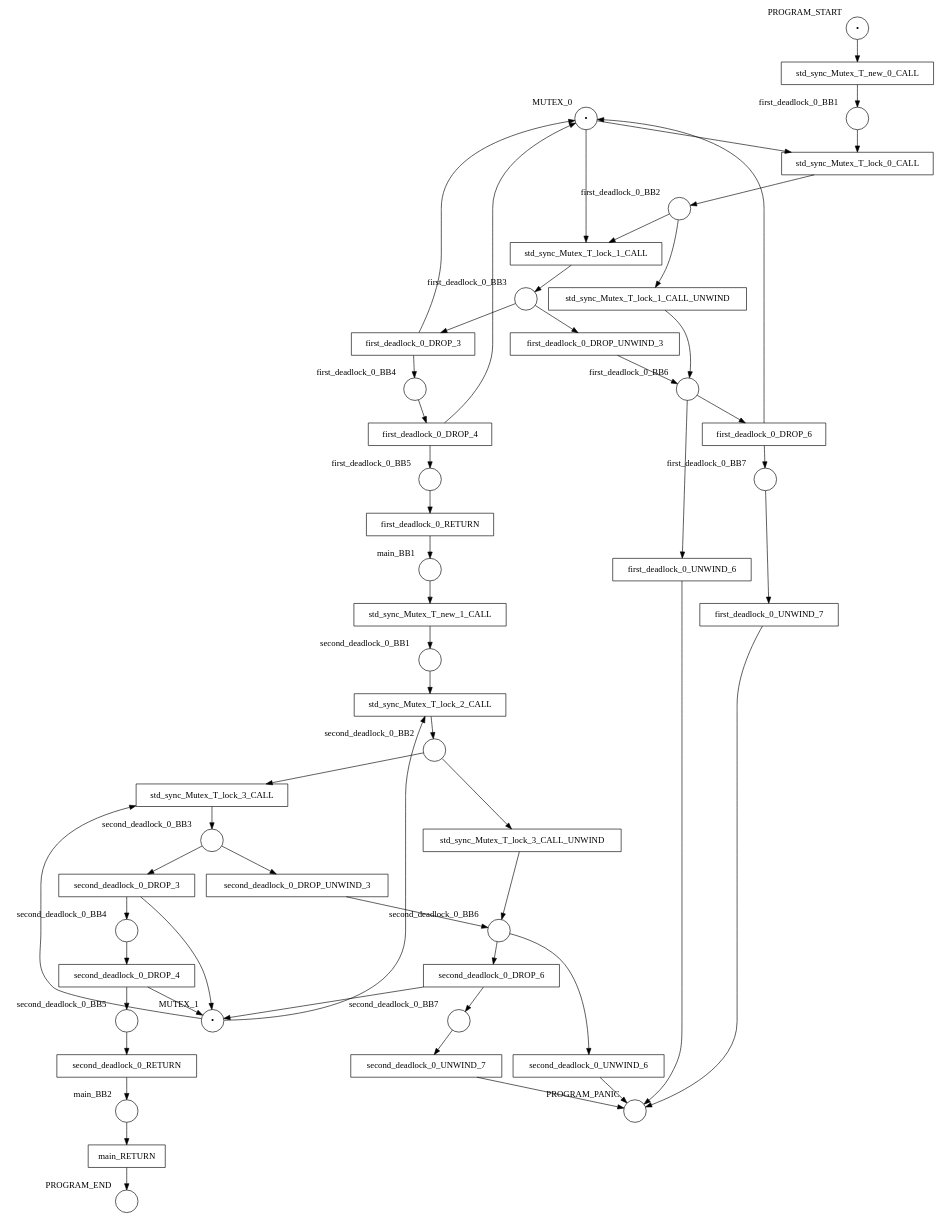
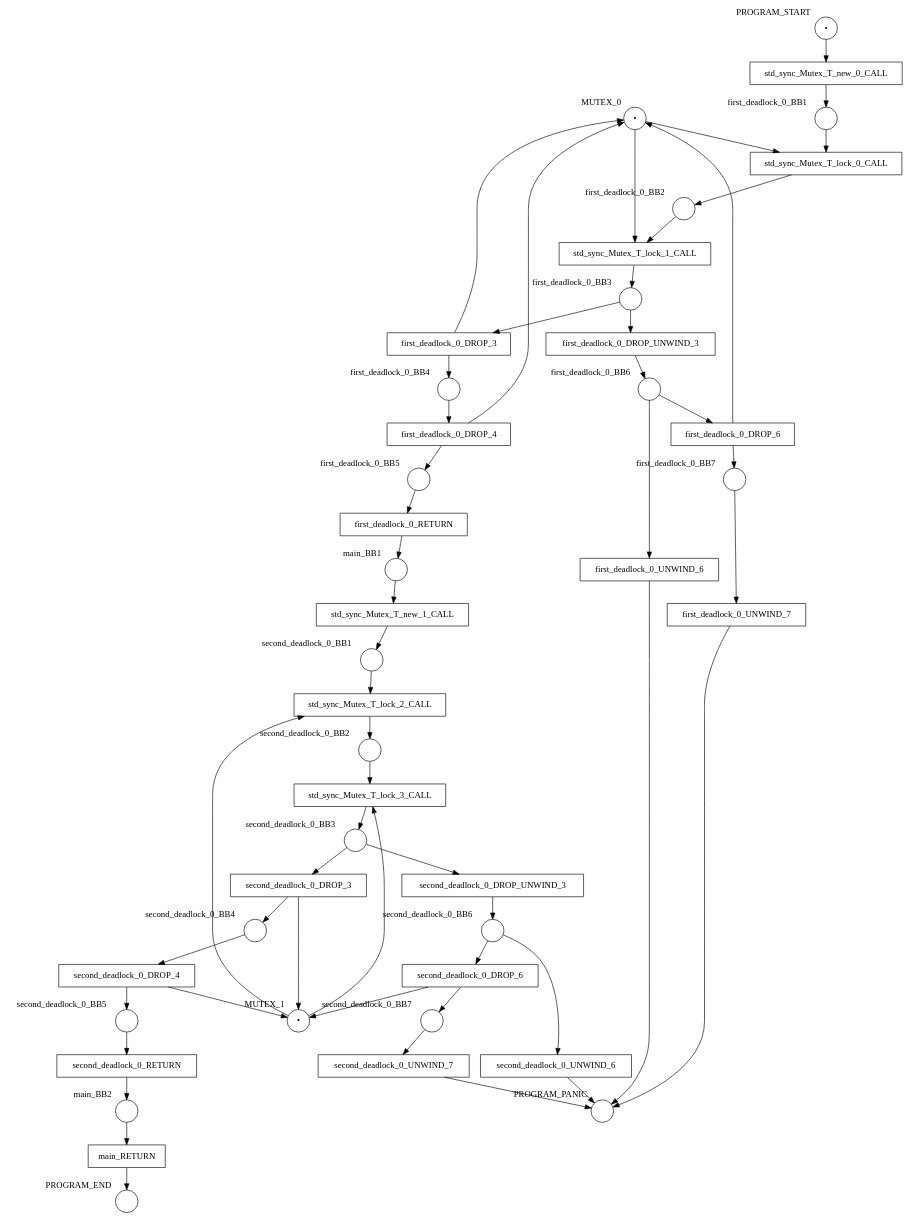
One commit to hlisdero/cargo-check-deadlock changed the diagram in examples/results/mutex/double_lock_deadlock_in_function/net.dot. Above: the diagram before and after it, drawn with Graphviz. The commit also changed 21 other files, not shown here.

First line of the commit message:
Architectural change: Do not model the unwind target of the mutex lock function.

```diff
--- a/examples/results/mutex/double_lock_deadlock_in_function/net.dot
+++ b/examples/results/mutex/double_lock_deadlock_in_function/net.dot
@@ -1,102 +1,96 @@
 digraph petrinet {
     MUTEX_0 [shape="circle" xlabel="MUTEX_0" label="•"];
     MUTEX_1 [shape="circle" xlabel="MUTEX_1" label="•"];
     PROGRAM_END [shape="circle" xlabel="PROGRAM_END" label=""];
     PROGRAM_PANIC [shape="circle" xlabel="PROGRAM_PANIC" label=""];
     PROGRAM_START [shape="circle" xlabel="PROGRAM_START" label="•"];
     first_deadlock_0_BB1 [shape="circle" xlabel="first_deadlock_0_BB1" label=""];
     first_deadlock_0_BB2 [shape="circle" xlabel="first_deadlock_0_BB2" label=""];
     first_deadlock_0_BB3 [shape="circle" xlabel="first_deadlock_0_BB3" label=""];
     first_deadlock_0_BB4 [shape="circle" xlabel="first_deadlock_0_BB4" label=""];
     first_deadlock_0_BB5 [shape="circle" xlabel="first_deadlock_0_BB5" label=""];
     first_deadlock_0_BB6 [shape="circle" xlabel="first_deadlock_0_BB6" label=""];
     first_deadlock_0_BB7 [shape="circle" xlabel="first_deadlock_0_BB7" label=""];
     main_BB1 [shape="circle" xlabel="main_BB1" label=""];
     main_BB2 [shape="circle" xlabel="main_BB2" label=""];
     second_deadlock_0_BB1 [shape="circle" xlabel="second_deadlock_0_BB1" label=""];
     second_deadlock_0_BB2 [shape="circle" xlabel="second_deadlock_0_BB2" label=""];
     second_deadlock_0_BB3 [shape="circle" xlabel="second_deadlock_0_BB3" label=""];
     second_deadlock_0_BB4 [shape="circle" xlabel="second_deadlock_0_BB4" label=""];
     second_deadlock_0_BB5 [shape="circle" xlabel="second_deadlock_0_BB5" label=""];
     second_deadlock_0_BB6 [shape="circle" xlabel="second_deadlock_0_BB6" label=""];
     second_deadlock_0_BB7 [shape="circle" xlabel="second_deadlock_0_BB7" label=""];
     first_deadlock_0_DROP_3 [shape="box" xlabel="" label="first_deadlock_0_DROP_3"];
     first_deadlock_0_DROP_4 [shape="box" xlabel="" label="first_deadlock_0_DROP_4"];
     first_deadlock_0_DROP_6 [shape="box" xlabel="" label="first_deadlock_0_DROP_6"];
     first_deadlock_0_DROP_UNWIND_3 [shape="box" xlabel="" label="first_deadlock_0_DROP_UNWIND_3"];
     first_deadlock_0_RETURN [shape="box" xlabel="" label="first_deadlock_0_RETURN"];
     first_deadlock_0_UNWIND_6 [shape="box" xlabel="" label="first_deadlock_0_UNWIND_6"];
     first_deadlock_0_UNWIND_7 [shape="box" xlabel="" label="first_deadlock_0_UNWIND_7"];
     main_RETURN [shape="box" xlabel="" label="main_RETURN"];
     second_deadlock_0_DROP_3 [shape="box" xlabel="" label="second_deadlock_0_DROP_3"];
     second_deadlock_0_DROP_4 [shape="box" xlabel="" label="second_deadlock_0_DROP_4"];
     second_deadlock_0_DROP_6 [shape="box" xlabel="" label="second_deadlock_0_DROP_6"];
     second_deadlock_0_DROP_UNWIND_3 [shape="box" xlabel="" label="second_deadlock_0_DROP_UNWIND_3"];
     second_deadlock_0_RETURN [shape="box" xlabel="" label="second_deadlock_0_RETURN"];
     second_deadlock_0_UNWIND_6 [shape="box" xlabel="" label="second_deadlock_0_UNWIND_6"];
     second_deadlock_0_UNWIND_7 [shape="box" xlabel="" label="second_deadlock_0_UNWIND_7"];
     std_sync_Mutex_T_lock_0_CALL [shape="box" xlabel="" label="std_sync_Mutex_T_lock_0_CALL"];
     std_sync_Mutex_T_lock_1_CALL [shape="box" xlabel="" label="std_sync_Mutex_T_lock_1_CALL"];
-    std_sync_Mutex_T_lock_1_CALL_UNWIND [shape="box" xlabel="" label="std_sync_Mutex_T_lock_1_CALL_UNWIND"];
     std_sync_Mutex_T_lock_2_CALL [shape="box" xlabel="" label="std_sync_Mutex_T_lock_2_CALL"];
     std_sync_Mutex_T_lock_3_CALL [shape="box" xlabel="" label="std_sync_Mutex_T_lock_3_CALL"];
-    std_sync_Mutex_T_lock_3_CALL_UNWIND [shape="box" xlabel="" label="std_sync_Mutex_T_lock_3_CALL_UNWIND"];
     std_sync_Mutex_T_new_0_CALL [shape="box" xlabel="" label="std_sync_Mutex_T_new_0_CALL"];
     std_sync_Mutex_T_new_1_CALL [shape="box" xlabel="" label="std_sync_Mutex_T_new_1_CALL"];
     MUTEX_0 -> std_sync_Mutex_T_lock_0_CALL;
     MUTEX_0 -> std_sync_Mutex_T_lock_1_CALL;
     MUTEX_1 -> std_sync_Mutex_T_lock_2_CALL;
     MUTEX_1 -> std_sync_Mutex_T_lock_3_CALL;
     PROGRAM_START -> std_sync_Mutex_T_new_0_CALL;
     first_deadlock_0_BB1 -> std_sync_Mutex_T_lock_0_CALL;
     first_deadlock_0_BB2 -> std_sync_Mutex_T_lock_1_CALL;
-    first_deadlock_0_BB2 -> std_sync_Mutex_T_lock_1_CALL_UNWIND;
     first_deadlock_0_BB3 -> first_deadlock_0_DROP_3;
     first_deadlock_0_BB3 -> first_deadlock_0_DROP_UNWIND_3;
     first_deadlock_0_BB4 -> first_deadlock_0_DROP_4;
     first_deadlock_0_BB5 -> first_deadlock_0_RETURN;
     first_deadlock_0_BB6 -> first_deadlock_0_DROP_6;
     first_deadlock_0_BB6 -> first_deadlock_0_UNWIND_6;
     first_deadlock_0_BB7 -> first_deadlock_0_UNWIND_7;
     main_BB1 -> std_sync_Mutex_T_new_1_CALL;
     main_BB2 -> main_RETURN;
     second_deadlock_0_BB1 -> std_sync_Mutex_T_lock_2_CALL;
     second_deadlock_0_BB2 -> std_sync_Mutex_T_lock_3_CALL;
-    second_deadlock_0_BB2 -> std_sync_Mutex_T_lock_3_CALL_UNWIND;
     second_deadlock_0_BB3 -> second_deadlock_0_DROP_3;
     second_deadlock_0_BB3 -> second_deadlock_0_DROP_UNWIND_3;
     second_deadlock_0_BB4 -> second_deadlock_0_DROP_4;
     second_deadlock_0_BB5 -> second_deadlock_0_RETURN;
     second_deadlock_0_BB6 -> second_deadlock_0_DROP_6;
     second_deadlock_0_BB6 -> second_deadlock_0_UNWIND_6;
     second_deadlock_0_BB7 -> second_deadlock_0_UNWIND_7;
     first_deadlock_0_DROP_3 -> MUTEX_0;
     first_deadlock_0_DROP_3 -> first_deadlock_0_BB4;
     first_deadlock_0_DROP_4 -> MUTEX_0;
     first_deadlock_0_DROP_4 -> first_deadlock_0_BB5;
     first_deadlock_0_DROP_6 -> MUTEX_0;
     first_deadlock_0_DROP_6 -> first_deadlock_0_BB7;
     first_deadlock_0_DROP_UNWIND_3 -> first_deadlock_0_BB6;
     first_deadlock_0_RETURN -> main_BB1;
     first_deadlock_0_UNWIND_6 -> PROGRAM_PANIC;
     first_deadlock_0_UNWIND_7 -> PROGRAM_PANIC;
     main_RETURN -> PROGRAM_END;
     second_deadlock_0_DROP_3 -> MUTEX_1;
     second_deadlock_0_DROP_3 -> second_deadlock_0_BB4;
     second_deadlock_0_DROP_4 -> MUTEX_1;
     second_deadlock_0_DROP_4 -> second_deadlock_0_BB5;
     second_deadlock_0_DROP_6 -> MUTEX_1;
     second_deadlock_0_DROP_6 -> second_deadlock_0_BB7;
     second_deadlock_0_DROP_UNWIND_3 -> second_deadlock_0_BB6;
     second_deadlock_0_RETURN -> main_BB2;
     second_deadlock_0_UNWIND_6 -> PROGRAM_PANIC;
     second_deadlock_0_UNWIND_7 -> PROGRAM_PANIC;
     std_sync_Mutex_T_lock_0_CALL -> first_deadlock_0_BB2;
     std_sync_Mutex_T_lock_1_CALL -> first_deadlock_0_BB3;
-    std_sync_Mutex_T_lock_1_CALL_UNWIND -> first_deadlock_0_BB6;
     std_sync_Mutex_T_lock_2_CALL -> second_deadlock_0_BB2;
     std_sync_Mutex_T_lock_3_CALL -> second_deadlock_0_BB3;
-    std_sync_Mutex_T_lock_3_CALL_UNWIND -> second_deadlock_0_BB6;
     std_sync_Mutex_T_new_0_CALL -> first_deadlock_0_BB1;
     std_sync_Mutex_T_new_1_CALL -> second_deadlock_0_BB1;
 }
```
